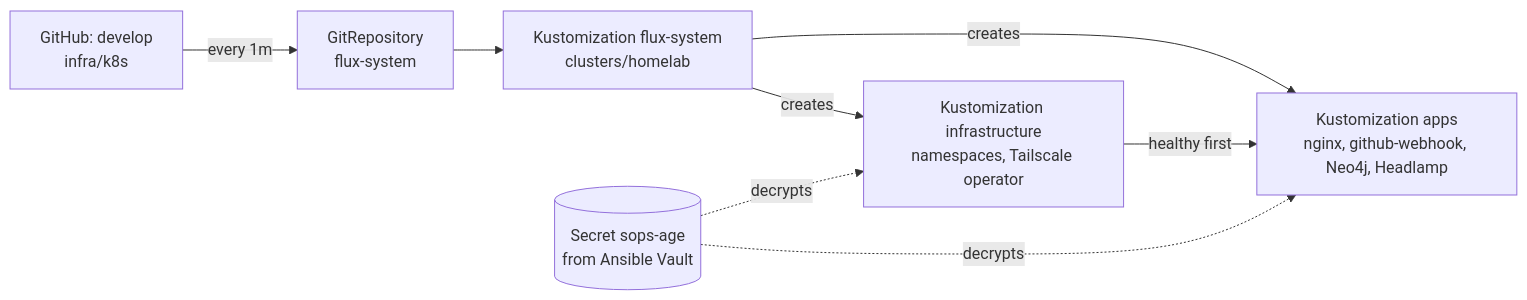
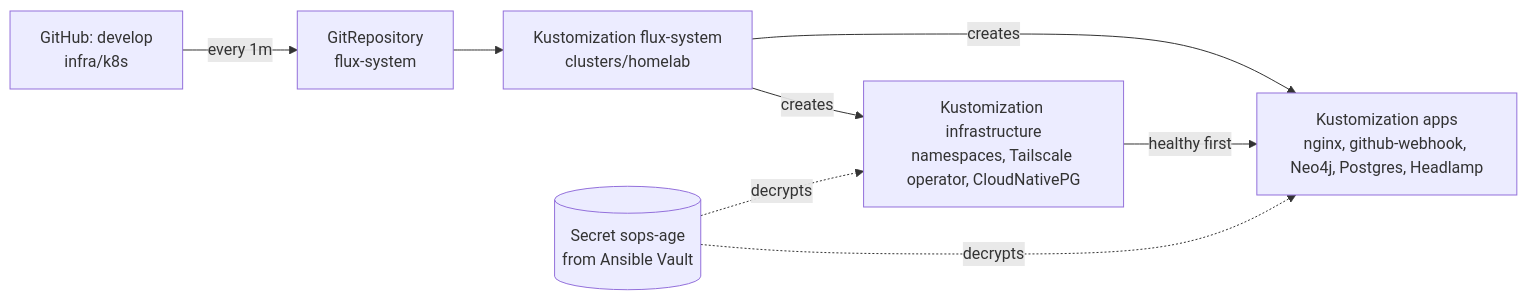
The diagram in infra/docs/flux.md (cbu-capstone-design-27/ember), drawn with Mermaid before and after one commit. The commit also changed other lines of this file and 2 other files, not shown here.

Commit message:
EMBER-61: document Postgres, DATABASE_URL and how to add a migration

````diff
--- a/infra/docs/flux.md
+++ b/infra/docs/flux.md
@@ -52,10 +54,10 @@
 ```mermaid
 flowchart LR
   gh["GitHub: develop<br/>infra/k8s"] -->|every 1m| src["GitRepository<br/>flux-system"]
   src --> fs["Kustomization flux-system<br/>clusters/homelab"]
-  fs -->|creates| infra["Kustomization infrastructure<br/>namespaces, Tailscale operator"]
-  fs -->|creates| apps["Kustomization apps<br/>nginx, github-webhook, Neo4j, Headlamp"]
+  fs -->|creates| infra["Kustomization infrastructure<br/>namespaces, Tailscale operator, CloudNativePG"]
+  fs -->|creates| apps["Kustomization apps<br/>nginx, github-webhook, Neo4j, Postgres, Headlamp"]
   infra -->|healthy first| apps
   key[("Secret sops-age<br/>from Ansible Vault")] -.decrypts.-> infra
   key -.decrypts.-> apps
 ```
````
